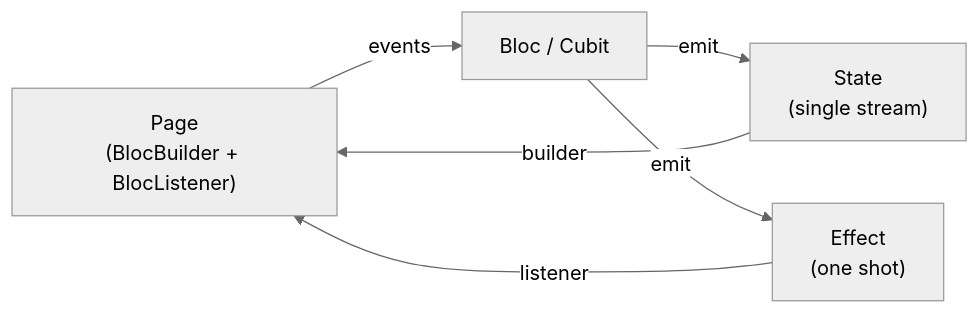
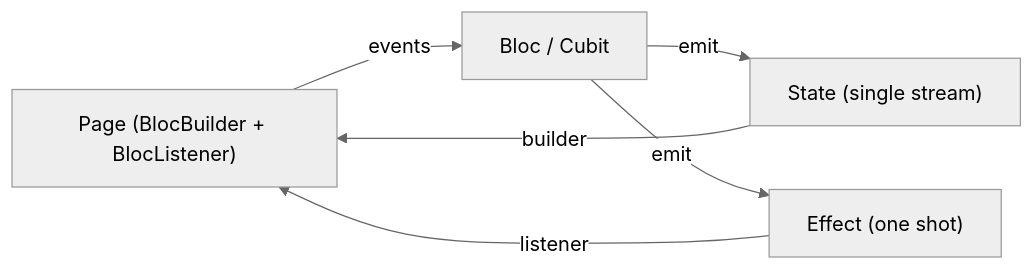
Before and after one commit to fikrilal/code-alchemy: the second of 4 diagrams in src/content/blog/getx-in-cubit-style-single-state-effects.mdx, drawn with Mermaid (neutral theme). The commit also changed other lines of this file, not shown here.

First line of the commit message:
docs(blog): update mermaid diagrams formatting in getx article

````diff
--- a/src/content/blog/getx-in-cubit-style-single-state-effects.mdx
+++ b/src/content/blog/getx-in-cubit-style-single-state-effects.mdx
@@ -251,8 +251,8 @@
 ```mermaid
 flowchart LR
-    UI["Page\n(BlocBuilder + BlocListener)"] -->|events| B["Bloc / Cubit"]
-    B -->|emit| State["State\n(single stream)"]
-    B -->|emit| Eff["Effect\n(one shot)"]
+    UI["Page (BlocBuilder + BlocListener)"] -->|events| B["Bloc / Cubit"]
+    B -->|emit| State["State (single stream)"]
+    B -->|emit| Eff["Effect (one shot)"]
     State -->|builder| UI
     Eff -->|listener| UI
 ```
````
